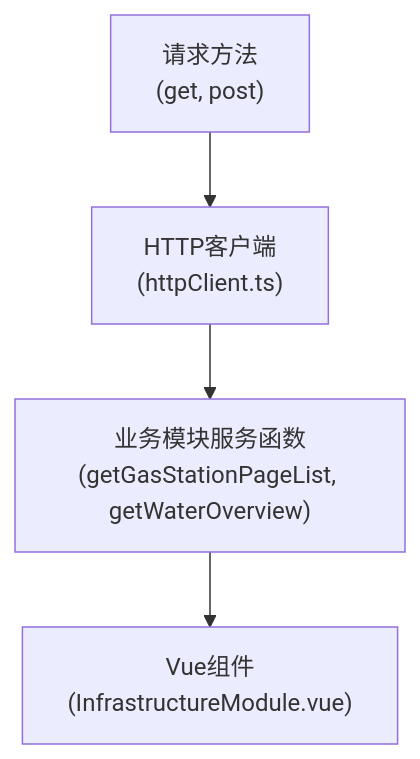
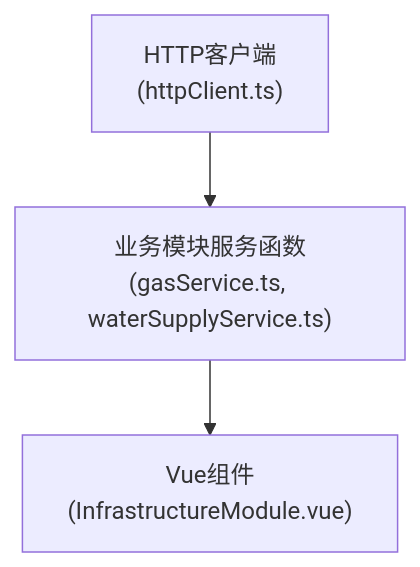
One commit to zhibo1997/government-dashboard changed the first of 2 diagrams in .qoder/repowiki/zh/content/API集成/服务层实现/服务层实现.md. Above: the diagram before and after it, drawn with Mermaid. The commit also changed other lines of this file and 28 other files, not shown here.

````diff
--- a/.qoder/repowiki/zh/content/API集成/服务层实现/服务层实现.md
+++ b/.qoder/repowiki/zh/content/API集成/服务层实现/服务层实现.md
@@ -43,6 +44,5 @@
 ```mermaid
 flowchart TD
-A["请求方法<br/>(get, post)"] --> B["HTTP客户端<br/>(httpClient.ts)"]
-B --> C["业务模块服务函数<br/>(getGasStationPageList, getWaterOverview)"]
-C --> D["Vue组件<br/>(InfrastructureModule.vue)"]
+A["HTTP客户端<br/>(httpClient.ts)"] --> B["业务模块服务函数<br/>(gasService.ts, waterSupplyService.ts)"]
+B --> C["Vue组件<br/>(InfrastructureModule.vue)"]
 ```
````
